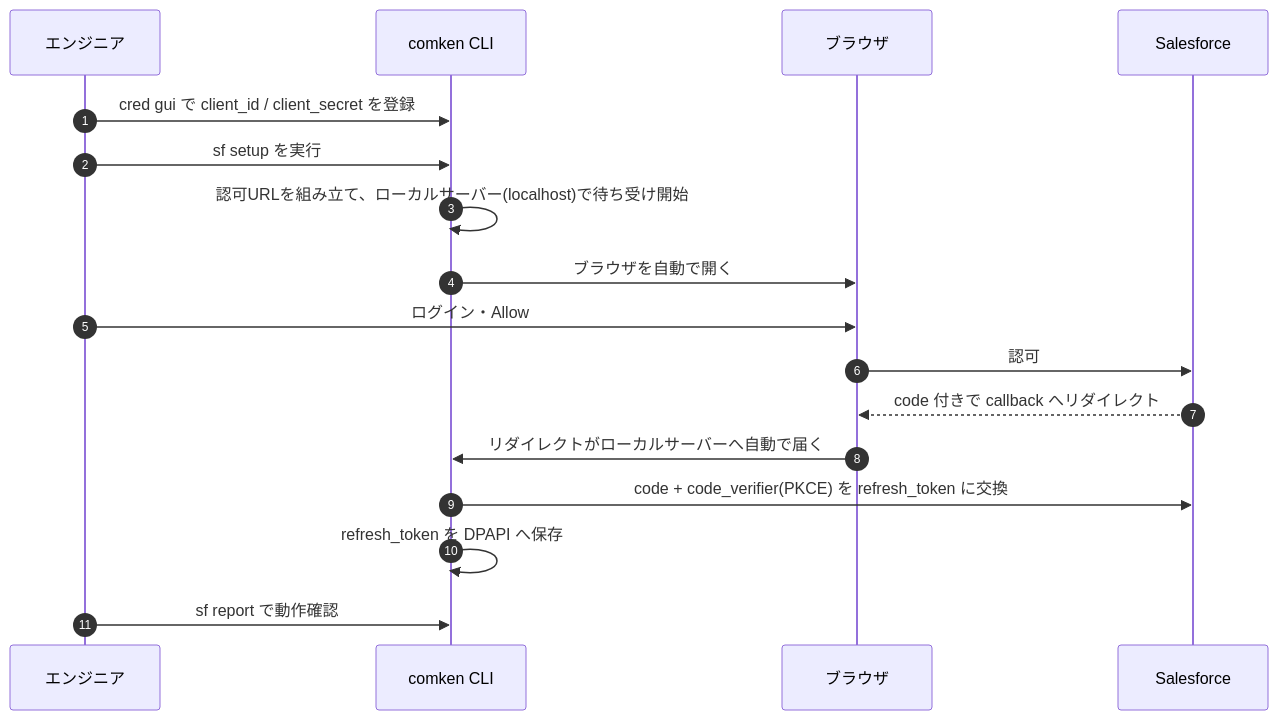
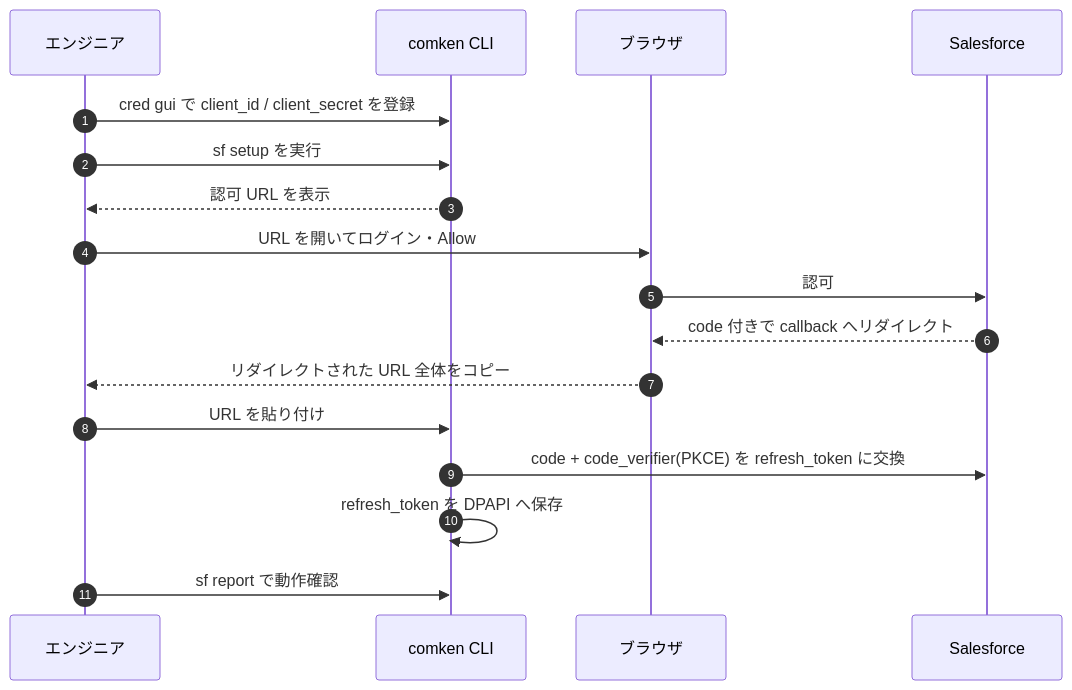
One commit to tenniscorecom/comken changed the diagram in docs/開発/salesforce-authentication.md. Above: the diagram before and after it, drawn with Mermaid. The commit also changed other lines of this file and 9 other files, not shown here.

````diff
--- a/docs/開発/salesforce-authentication.md
+++ b/docs/開発/salesforce-authentication.md
@@ -298,20 +296,20 @@
 ```mermaid
 sequenceDiagram
     autonumber
     participant Eng as エンジニア
     participant CLI as comken CLI
     participant Browser as ブラウザ
     participant SF as Salesforce
 
     Eng->>CLI: cred gui で client_id / client_secret を登録
     Eng->>CLI: sf setup を実行
-    CLI->>CLI: 認可URLを組み立て、ローカルサーバー(localhost)で待ち受け開始
-    CLI->>Browser: ブラウザを自動で開く
-    Eng->>Browser: ログイン・Allow
+    CLI-->>Eng: 認可 URL を表示
+    Eng->>Browser: URL を開いてログイン・Allow
     Browser->>SF: 認可
     SF-->>Browser: code 付きで callback へリダイレクト
-    Browser->>CLI: リダイレクトがローカルサーバーへ自動で届く
+    Browser-->>Eng: リダイレクトされた URL 全体をコピー
+    Eng->>CLI: URL を貼り付け
     CLI->>SF: code + code_verifier(PKCE) を refresh_token に交換
     CLI->>CLI: refresh_token を DPAPI へ保存
     Eng->>CLI: sf report で動作確認
 ```
````
